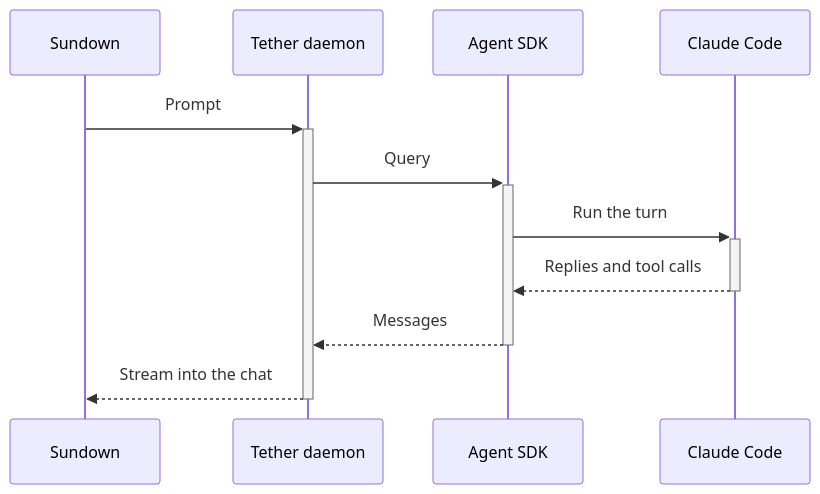
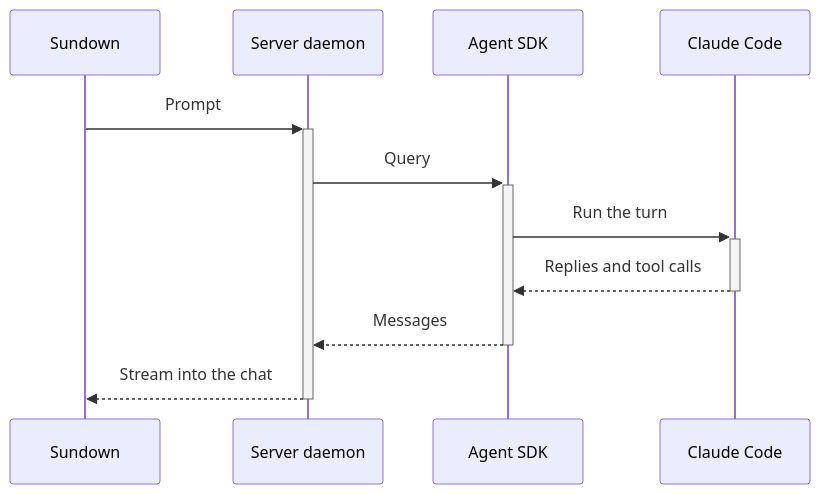
Before and after one commit to AFRUITPIE/Sundown: the diagram in README.md, drawn with Mermaid. The commit also changed other lines of this file and 142 other files, not shown here.

First line of the commit message:
Rename Tether to the server, runtime names included

````diff
--- a/README.md
+++ b/README.md
@@ -39,13 +39,13 @@
 ```mermaid
 sequenceDiagram
     participant Sundown
-    participant Tether as Tether daemon
+    participant Server as Server daemon
     participant SDK as Agent SDK
     participant Claude as Claude Code
-    Sundown->>+Tether: Prompt
-    Tether->>+SDK: Query
+    Sundown->>+Server: Prompt
+    Server->>+SDK: Query
     SDK->>+Claude: Run the turn
     Claude-->>-SDK: Replies and tool calls
-    SDK-->>-Tether: Messages
-    Tether-->>-Sundown: Stream into the chat
+    SDK-->>-Server: Messages
+    Server-->>-Sundown: Stream into the chat
 ```
````
